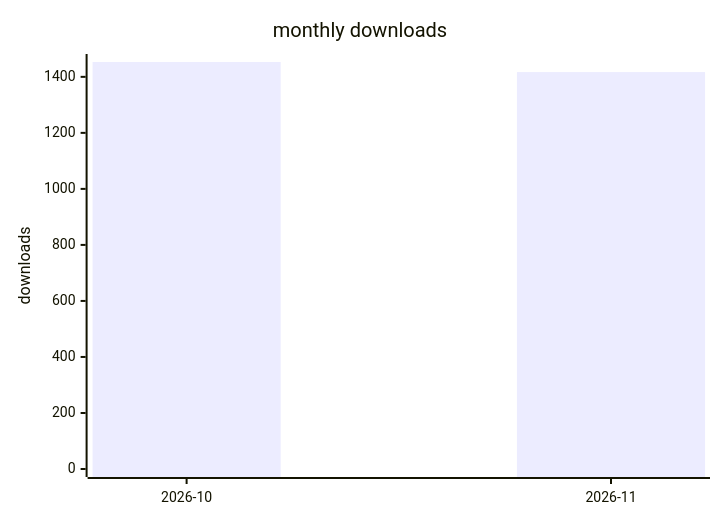
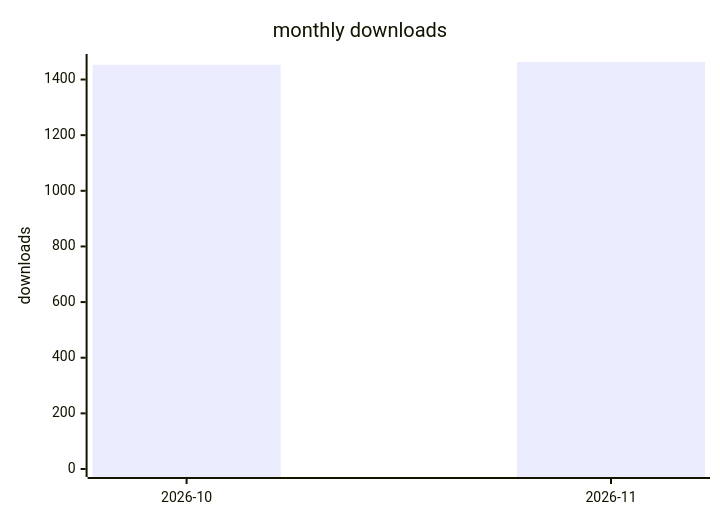
The second of 2 diagrams in docs/downloads-2026.md (terry2010/dsh-loop-recover), drawn with Mermaid before and after one commit. The commit also changed other lines of this file and 1 other file, not shown here.

````diff
--- a/docs/downloads-2026.md
+++ b/docs/downloads-2026.md
@@ -29,7 +29,7 @@
 ```mermaid
 xychart-beta
     title "monthly downloads"
     x-axis ["2026-10", "2026-11"]
-    y-axis "downloads" 0 --> 1453
-    bar [1453, 1417]
+    y-axis "downloads" 0 --> 1463
+    bar [1453, 1463]
 ```
````
